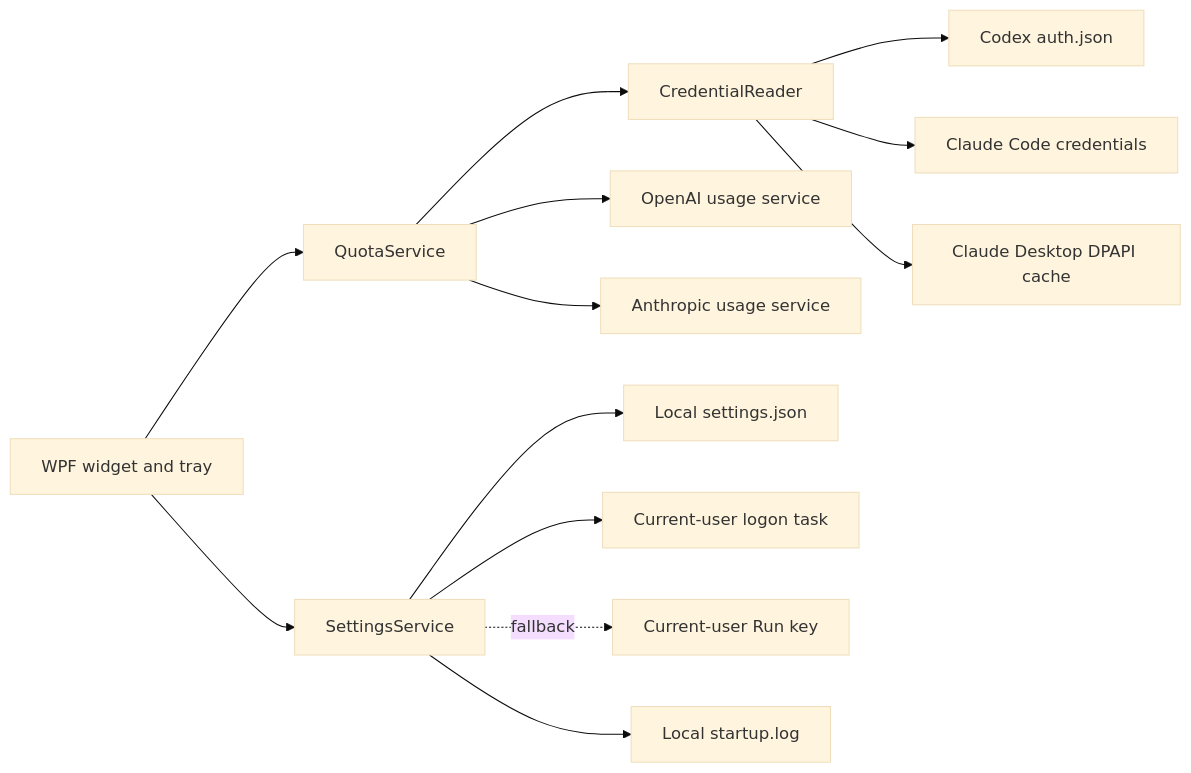
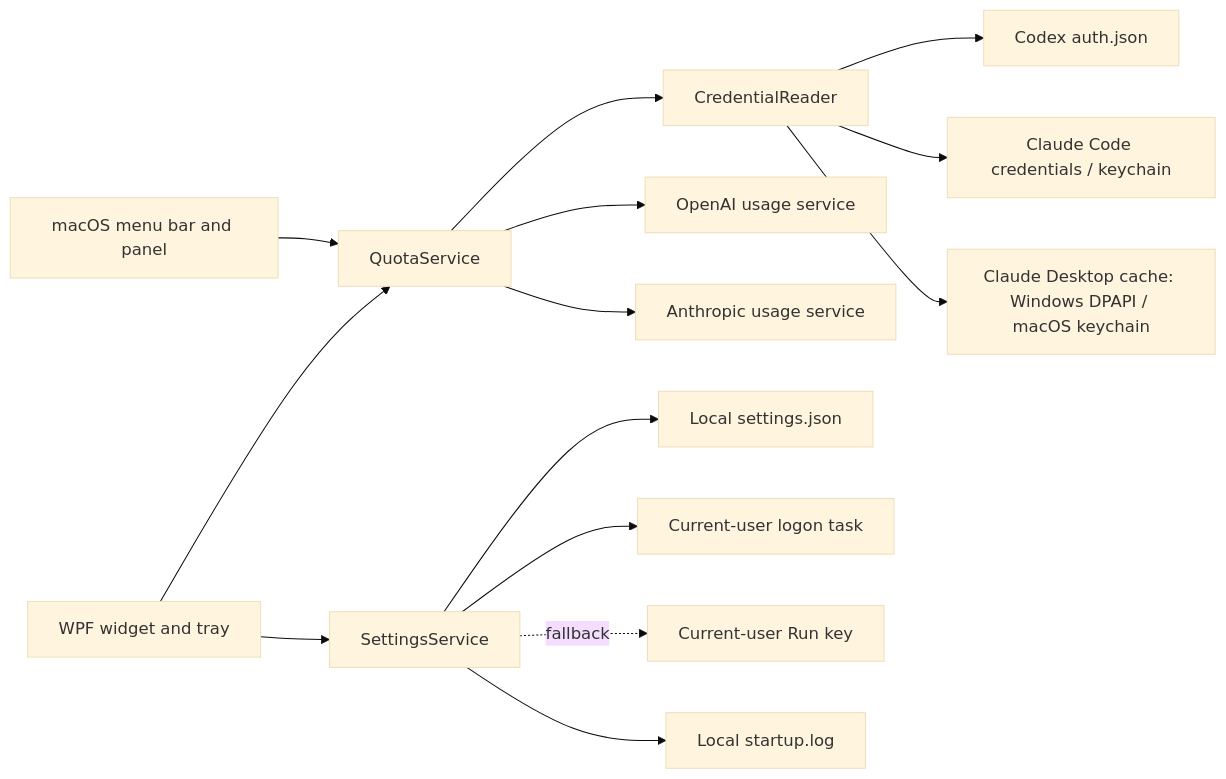
Before and after one commit to Torbjorn-Zhang/quota-lens: the diagram in docs/ARCHITECTURE.en.md, drawn with Mermaid (base theme). The commit also changed other lines of this file and 28 other files, not shown here.

First line of the commit message:
add a macOS menu bar app

````diff
--- a/docs/ARCHITECTURE.en.md
+++ b/docs/ARCHITECTURE.en.md
@@ -7,15 +7,16 @@
 ```mermaid
 flowchart LR
     UI[WPF widget and tray] --> QS[QuotaService]
+    MAC[macOS menu bar and panel] --> QS
     QS --> CR[CredentialReader]
     CR --> CX[Codex auth.json]
-    CR --> CC[Claude Code credentials]
-    CR --> CD[Claude Desktop DPAPI cache]
+    CR --> CC[Claude Code credentials / keychain]
+    CR --> CD[Claude Desktop cache: Windows DPAPI / macOS keychain]
     QS --> OA[OpenAI usage service]
     QS --> AN[Anthropic usage service]
     UI --> SS[SettingsService]
     SS --> FS[Local settings.json]
     SS --> TASK[Current-user logon task]
     SS -.fallback.-> REG[Current-user Run key]
     SS --> LOG[Local startup.log]
 ```
````
